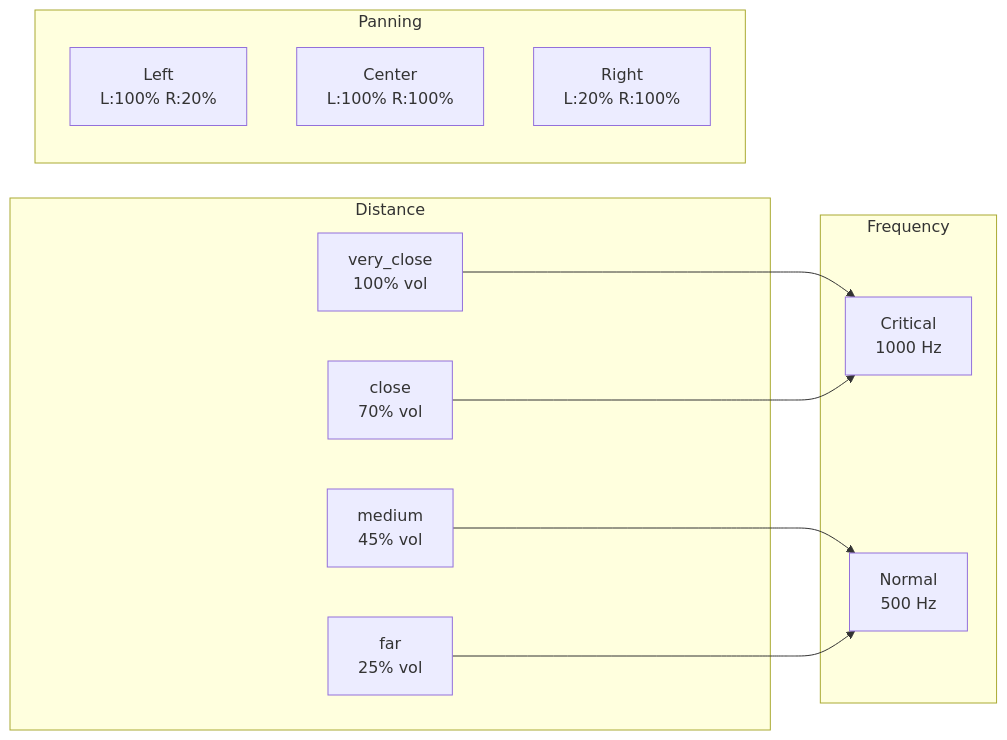
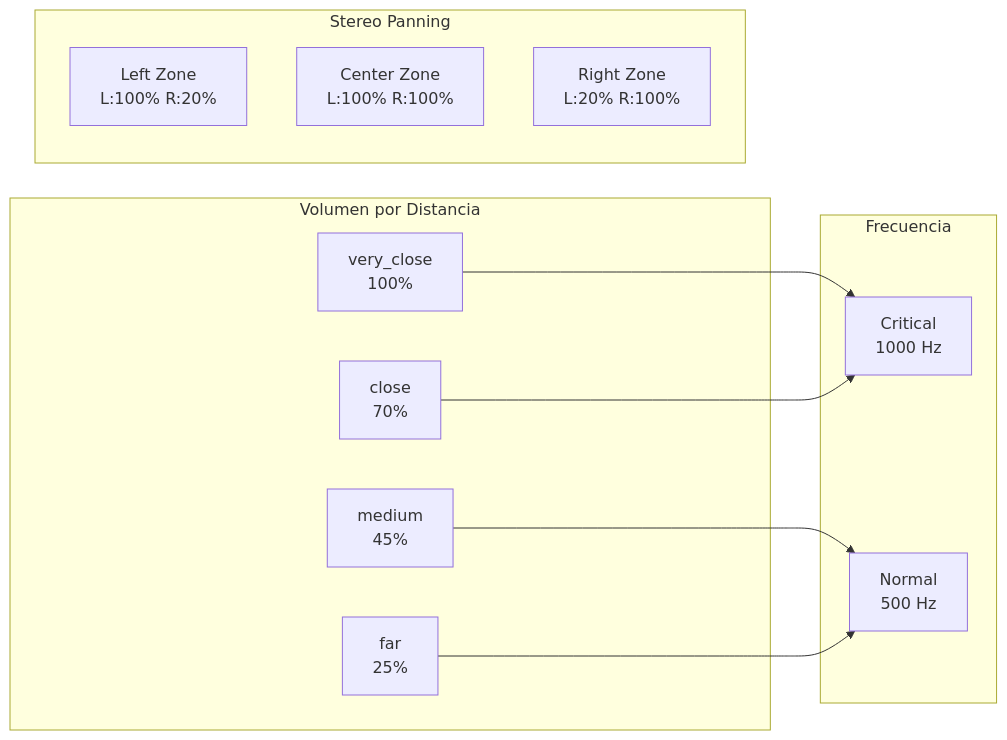
Before and after one commit to robertteleng/aria-demo: the ninth of 10 diagrams in docs/README.md, drawn with Mermaid. The commit also changed other lines of this file and 3 other files, not shown here.

````diff
--- a/docs/README.md
+++ b/docs/README.md
@@ -124,25 +428,25 @@
 ```mermaid
 graph LR
-    subgraph Distance
-        VC[very_close<br/>100% vol]
-        CL[close<br/>70% vol]
-        MD[medium<br/>45% vol]
-        FR[far<br/>25% vol]
+    subgraph Distance["Volumen por Distancia"]
+        VC[very_close<br/>100%]
+        CL[close<br/>70%]
+        MD[medium<br/>45%]
+        FR[far<br/>25%]
     end
 
-    subgraph Frequency
+    subgraph Frequency["Frecuencia"]
         CRIT[Critical<br/>1000 Hz]
         NORM[Normal<br/>500 Hz]
     end
 
-    subgraph Panning
-        LEFT[Left<br/>L:100% R:20%]
-        CENTER[Center<br/>L:100% R:100%]
-        RIGHT[Right<br/>L:20% R:100%]
+    subgraph Panning["Stereo Panning"]
+        LEFT[Left Zone<br/>L:100% R:20%]
+        CENTER[Center Zone<br/>L:100% R:100%]
+        RIGHT[Right Zone<br/>L:20% R:100%]
     end
 
     VC --> CRIT
     CL --> CRIT
     MD --> NORM
     FR --> NORM
 ```
````
